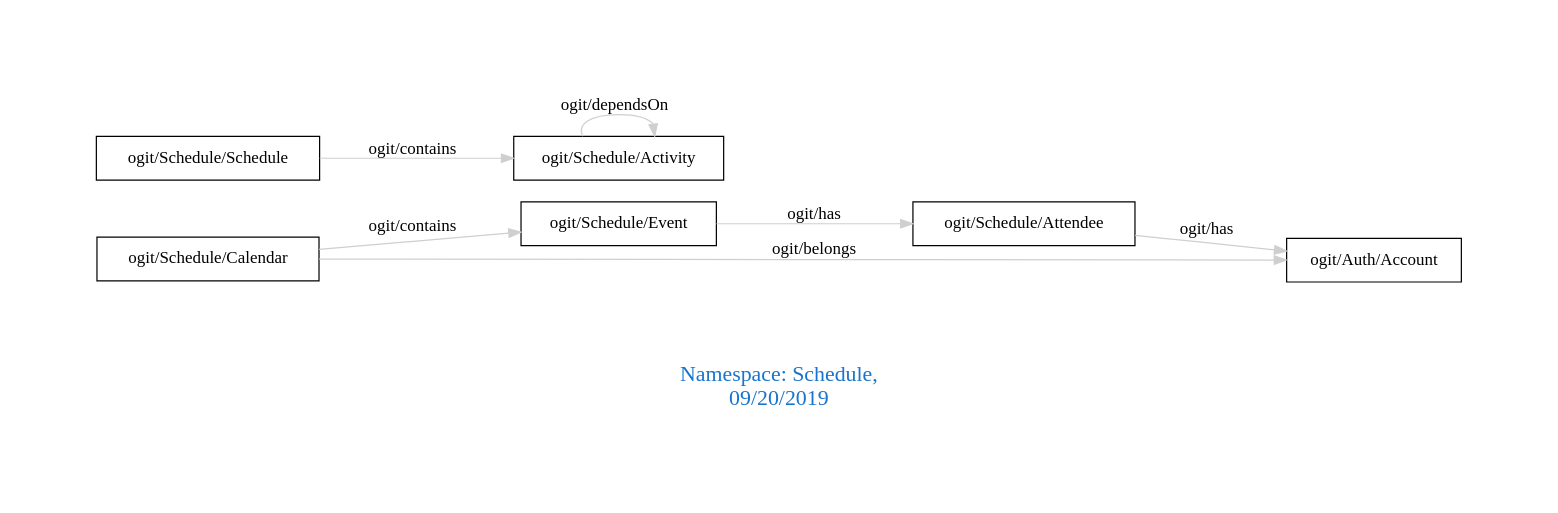
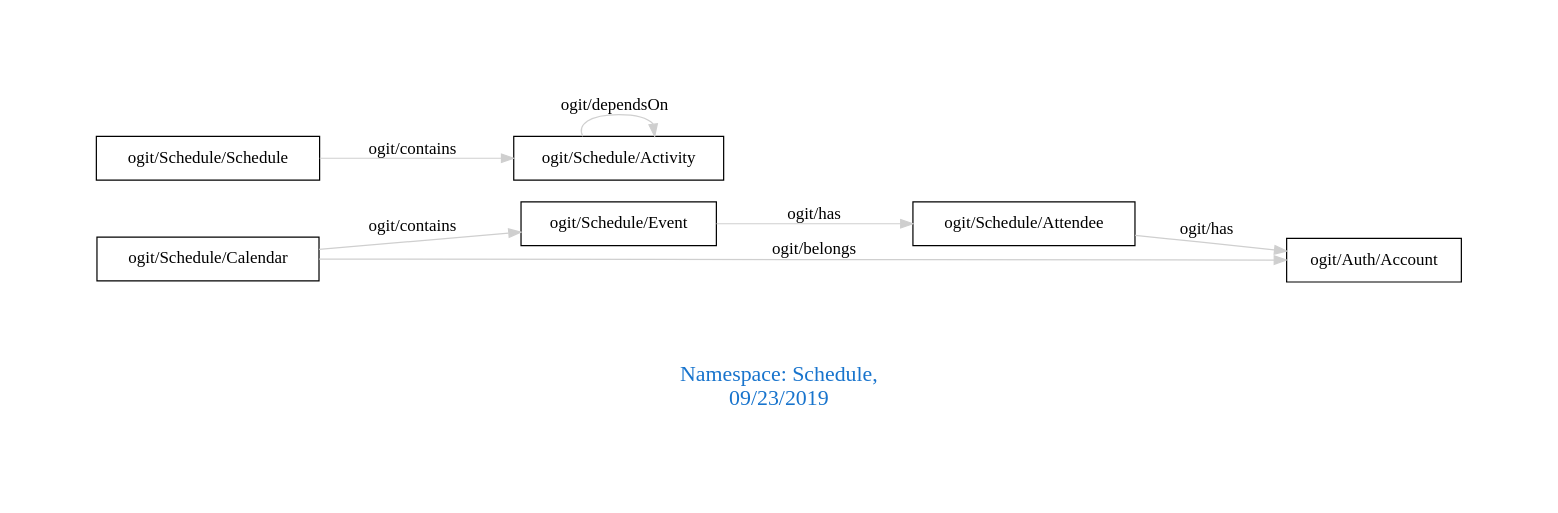
Before and after one commit to arago/OGIT: the diagram in downloads/Schedule.dot, drawn with Graphviz. The commit also changed 1527 other files, not shown here.

```diff
--- a/downloads/Schedule.dot
+++ b/downloads/Schedule.dot
@@ -1,14 +1,14 @@
 digraph OGIT_ontology {
  graph [ rankdir= LR,pad=1 
 fontsize = 18,
-fontcolor= dodgerblue3,label = "\n\n\nNamespace: Schedule, \n 09/20/2019"];
+fontcolor= dodgerblue3,label = "\n\n\nNamespace: Schedule, \n 09/23/2019"];
 node[shape=polygon];
 edge [  color="gray81"];
 
    "ogit/Schedule/Calendar" -> "ogit/Schedule/Event" [label="   ogit/contains    "];
    "ogit/Schedule/Schedule" -> "ogit/Schedule/Activity" [label="   ogit/contains    "];
    "ogit/Schedule/Calendar" -> "ogit/Auth/Account" [label="   ogit/belongs    "];
    "ogit/Schedule/Attendee" -> "ogit/Auth/Account" [label="   ogit/has    "];
    "ogit/Schedule/Event" -> "ogit/Schedule/Attendee" [label="   ogit/has    "];
    "ogit/Schedule/Activity" -> "ogit/Schedule/Activity" [label="   ogit/dependsOn    "];
 }
```
